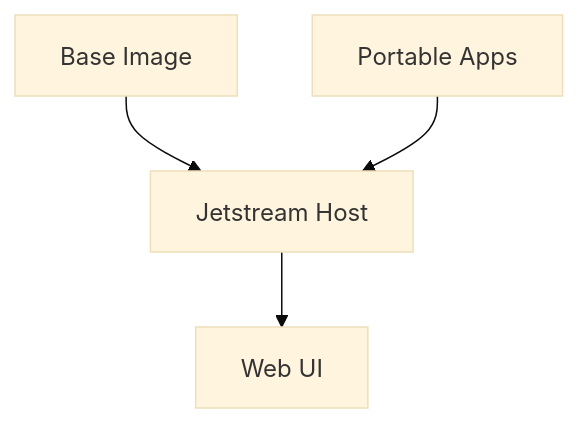
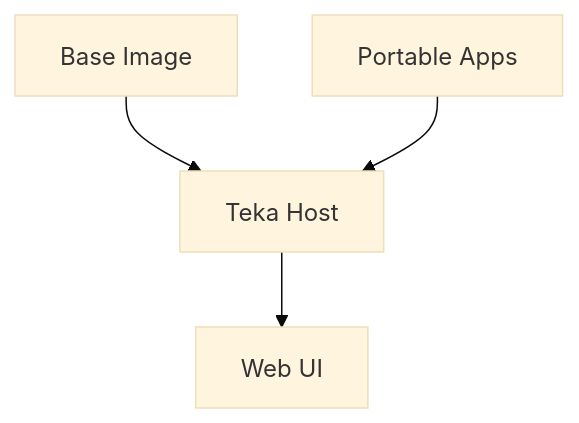
One commit to ouster-lidar/teka-sdk changed the diagram in apps/examples/hello-slidev/slidev/slides.md. Above: the diagram before and after it, drawn with Mermaid (base theme). The commit also changed other lines of this file and 44 other files, not shown here.

````diff
--- a/apps/examples/hello-slidev/slidev/slides.md
+++ b/apps/examples/hello-slidev/slidev/slides.md
@@ -111,6 +111,6 @@
 ```mermaid {scale: 0.85}
 flowchart TB
-  Base[Base Image] --> Host[Jetstream Host]
+  Base[Base Image] --> Host[Teka Host]
   Apps[Portable Apps] --> Host
   Host --> UI[Web UI]
 ```
````
